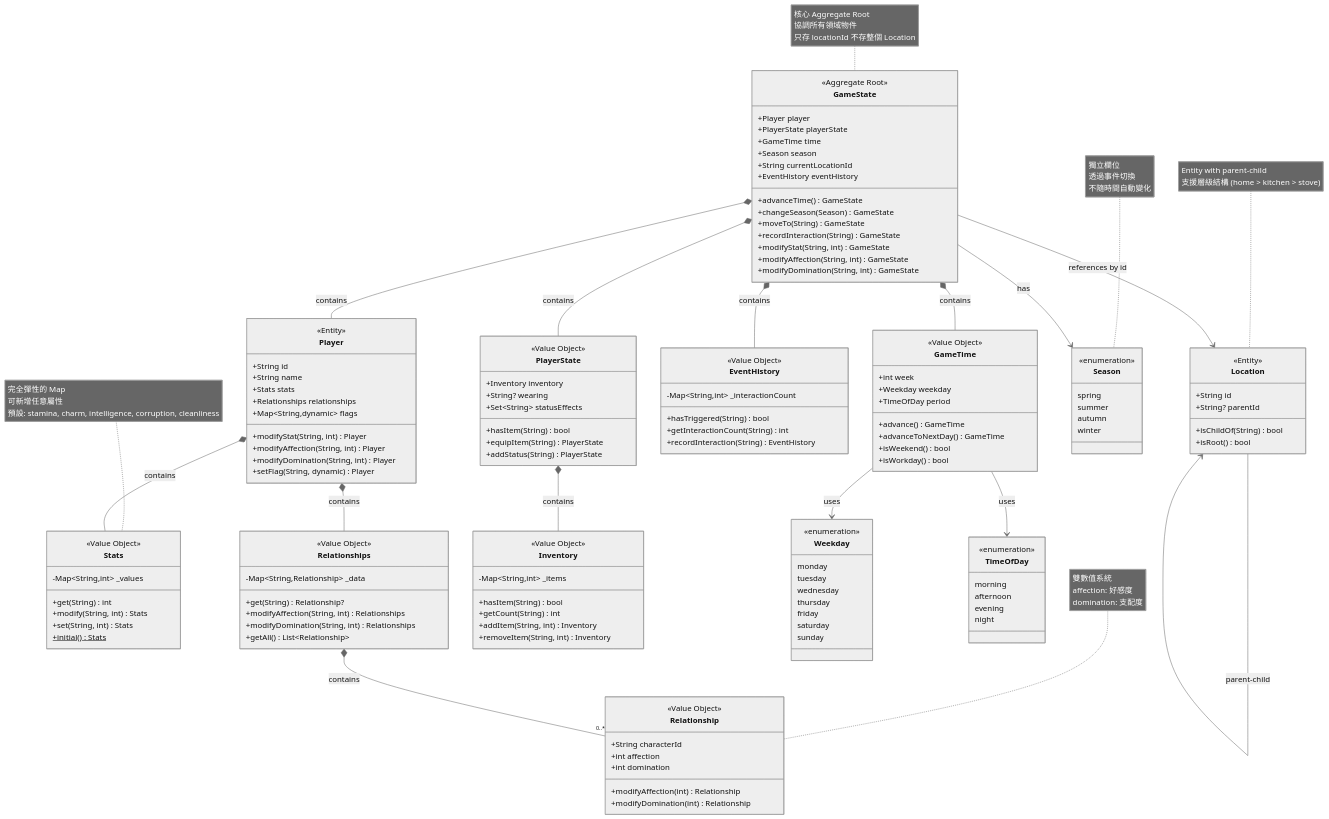
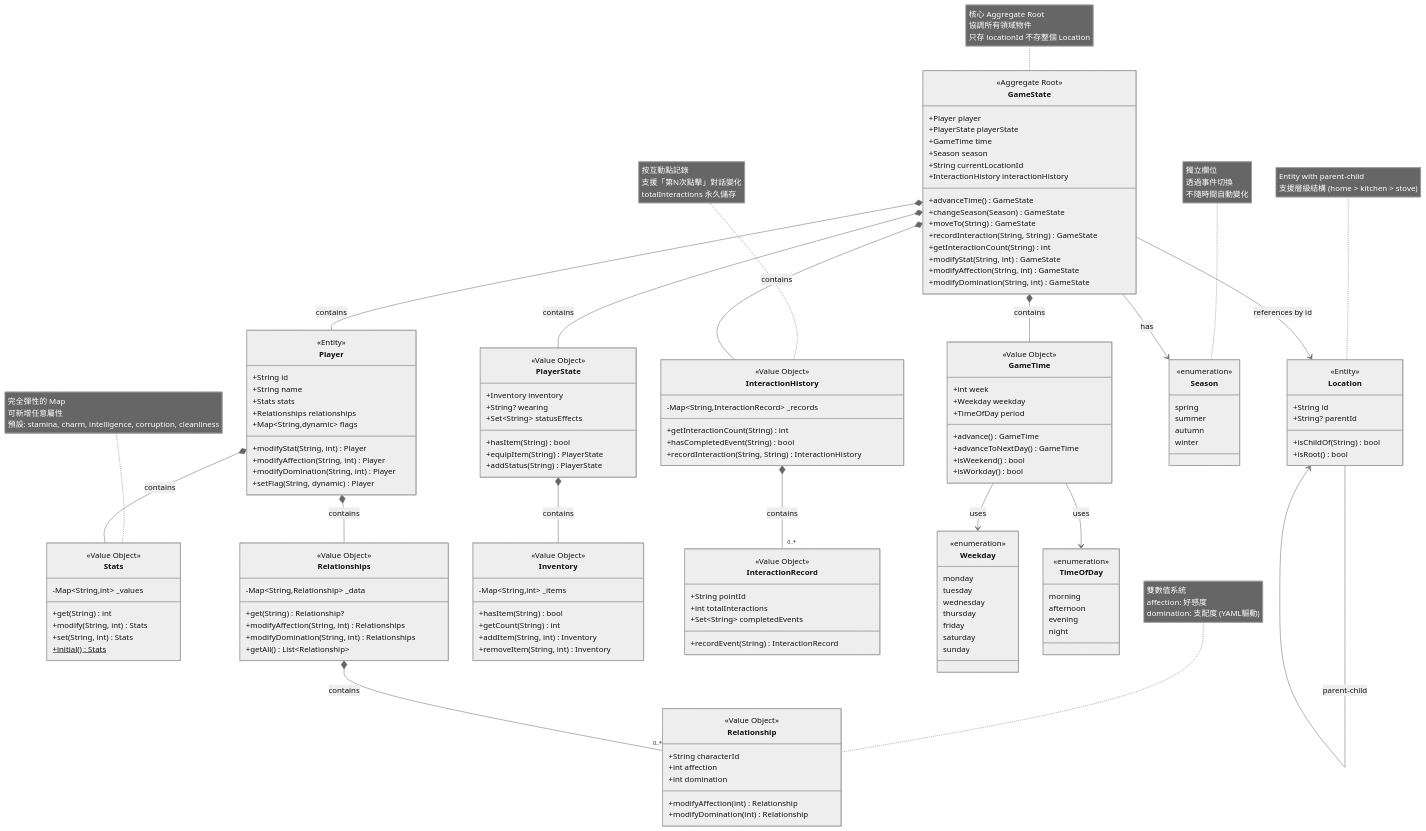
Before and after one commit to cyan92128505/flutter_2d_slg: the diagram in readme.md, drawn with Mermaid (neutral theme). The commit also changed other lines of this file and 1 other file, not shown here.

Commit message:
docs: finalize domain layer design with interaction history

````diff
--- a/readme.md
+++ b/readme.md
@@ -219,11 +236,12 @@
         +GameTime time
         +Season season
         +String currentLocationId
-        +EventHistory eventHistory
+        +InteractionHistory interactionHistory
         +advanceTime() GameState
         +changeSeason(Season) GameState
         +moveTo(String) GameState
-        +recordInteraction(String) GameState
+        +recordInteraction(String, String) GameState
+        +getInteractionCount(String) int
         +modifyStat(String, int) GameState
         +modifyAffection(String, int) GameState
         +modifyDomination(String, int) GameState
@@ -300,12 +318,20 @@
         +removeItem(String, int) Inventory
     }
 
-    class EventHistory {
+    class InteractionHistory {
         <<Value Object>>
-        -Map~String,int~ _interactionCount
-        +hasTriggered(String) bool
+        -Map~String,InteractionRecord~ _records
         +getInteractionCount(String) int
-        +recordInteraction(String) EventHistory
+        +hasCompletedEvent(String) bool
+        +recordInteraction(String, String) InteractionHistory
+    }
+
+    class InteractionRecord {
+        <<Value Object>>
+        +String pointId
+        +int totalInteractions
+        +Set~String~ completedEvents
+        +recordEvent(String) InteractionRecord
     }
 
     class Location {
@@ -348,7 +374,7 @@
     GameState *-- Player : contains
     GameState *-- PlayerState : contains
     GameState *-- GameTime : contains
-    GameState *-- EventHistory : contains
+    GameState *-- InteractionHistory : contains
     GameState --> Season : has
     GameState --> Location : references by id
 
@@ -362,6 +388,9 @@
     %% PlayerState 包含 Inventory
     PlayerState *-- Inventory : contains
 
+    %% InteractionHistory 包含多個 InteractionRecord
+    InteractionHistory *-- "0..*" InteractionRecord : contains
+
     %% GameTime 使用 Enums
     GameTime --> Weekday : uses
     GameTime --> TimeOfDay : uses
@@ -373,6 +402,7 @@
     note for GameState "核心 Aggregate Root<br />協調所有領域物件<br />只存 locationId 不存整個 Location"
     note for Location "Entity with parent-child<br />支援層級結構 (home > kitchen > stove)"
     note for Stats "完全彈性的 Map<br />可新增任意屬性<br />預設: stamina, charm, intelligence, corruption, cleanliness"
-    note for Relationship "雙數值系統<br />affection: 好感度<br />domination: 支配度"
+    note for Relationship "雙數值系統<br />affection: 好感度<br />domination: 支配度 (YAML驅動)"
+    note for InteractionHistory "按互動點記錄<br />支援「第N次點擊」對話變化<br />totalInteractions 永久儲存"
     note for Season "獨立欄位<br />透過事件切換<br />不隨時間自動變化"
 ```
````
